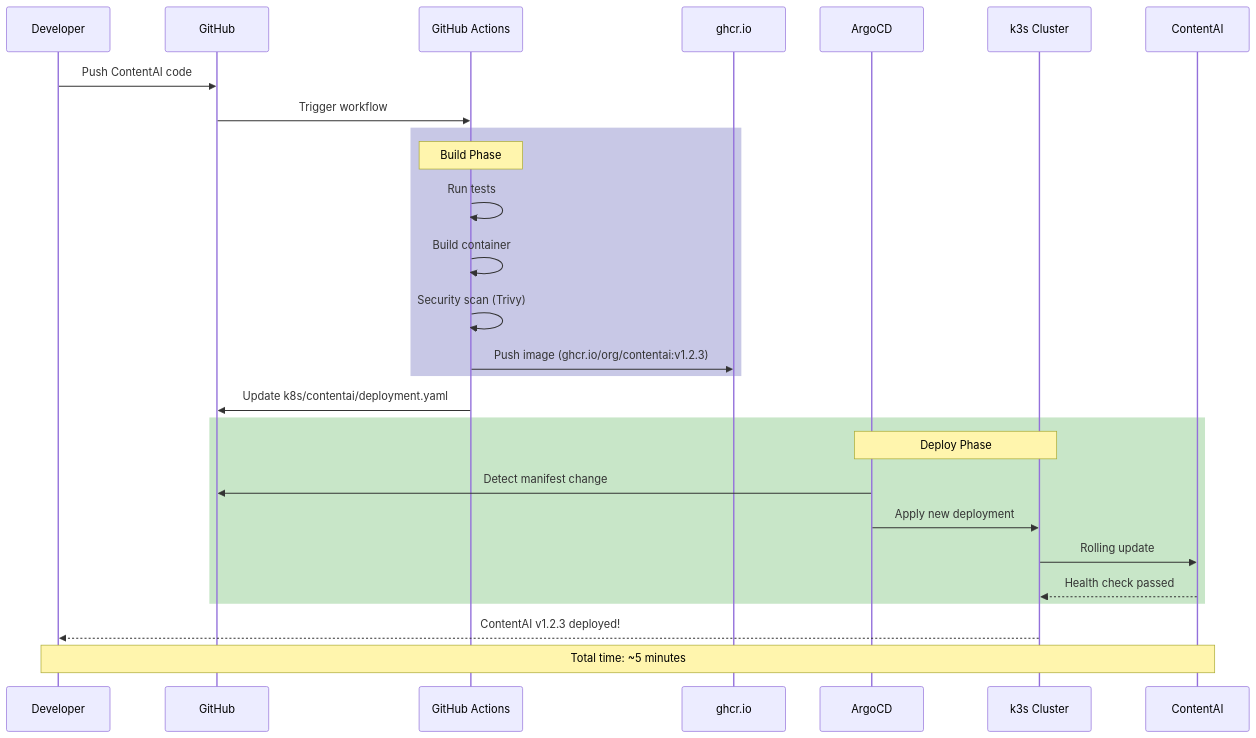
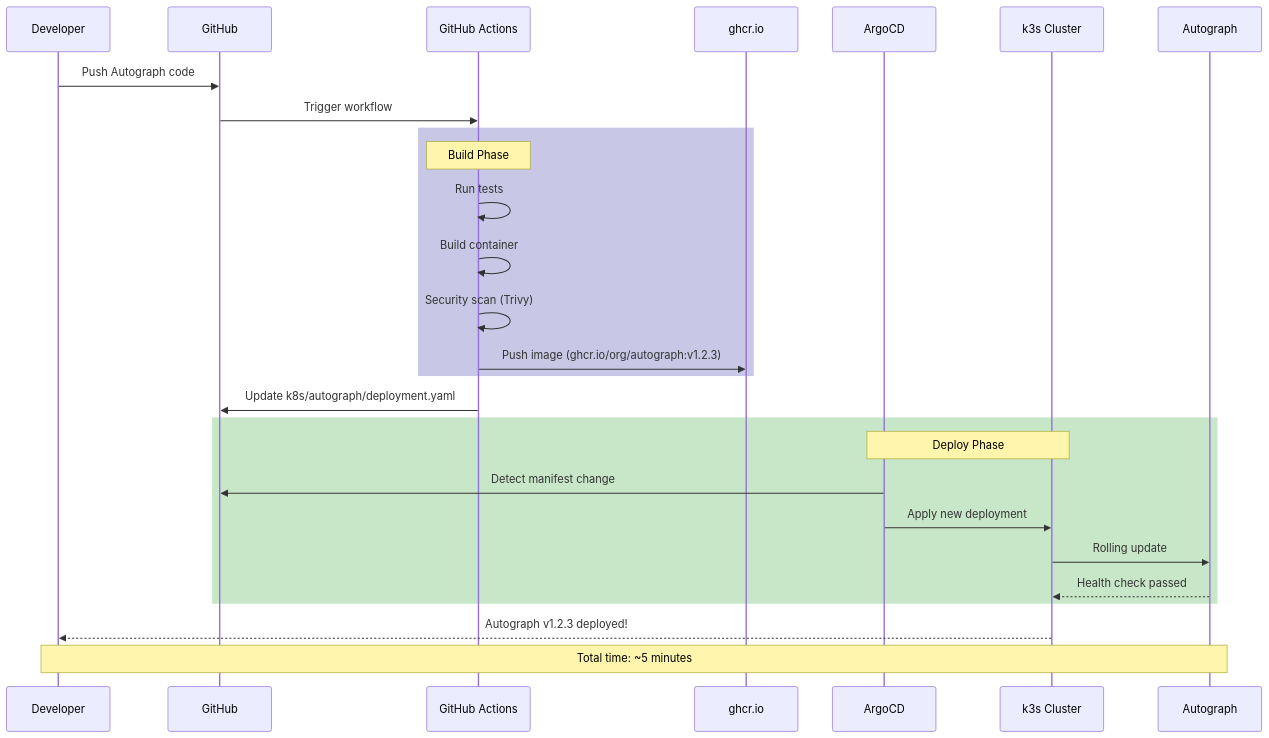
Before and after one commit to PearlThoughtsInternship/Internship-Obsidian-Vault: the fifth of 9 diagrams in DevOps/01-Product/04-Target-Architecture.md, drawn with Mermaid. The commit also changed other lines of this file and 8 other files, not shown here.

First line of the commit message:
rebrand: Complete ContentAI → Autograph rename across all docs

````diff
--- a/DevOps/01-Product/04-Target-Architecture.md
+++ b/DevOps/01-Product/04-Target-Architecture.md
@@ -198,35 +198,35 @@
 ```mermaid
 sequenceDiagram
     participant Dev as Developer
     participant GH as GitHub
     participant CI as GitHub Actions
     participant REG as ghcr.io
     participant ARGO as ArgoCD
     participant K8S as k3s Cluster
-    participant CAI as ContentAI
+    participant CAI as Autograph
 
-    Dev->>GH: Push ContentAI code
+    Dev->>GH: Push Autograph code
     GH->>CI: Trigger workflow
 
     rect rgb(200, 200, 230)
     Note over CI: Build Phase
     CI->>CI: Run tests
     CI->>CI: Build container
     CI->>CI: Security scan (Trivy)
-    CI->>REG: Push image (ghcr.io/org/contentai:v1.2.3)
+    CI->>REG: Push image (ghcr.io/org/autograph:v1.2.3)
     end
 
-    CI->>GH: Update k8s/contentai/deployment.yaml
+    CI->>GH: Update k8s/autograph/deployment.yaml
 
     rect rgb(200, 230, 200)
     Note over ARGO,K8S: Deploy Phase
     ARGO->>GH: Detect manifest change
     ARGO->>K8S: Apply new deployment
     K8S->>CAI: Rolling update
     CAI-->>K8S: Health check passed
     end
 
-    K8S-->>Dev: ContentAI v1.2.3 deployed!
+    K8S-->>Dev: Autograph v1.2.3 deployed!
 
     Note over Dev,CAI: Total time: ~5 minutes
 ```
````
